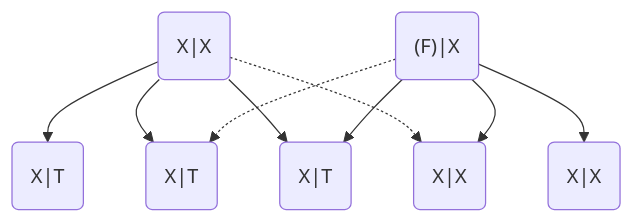
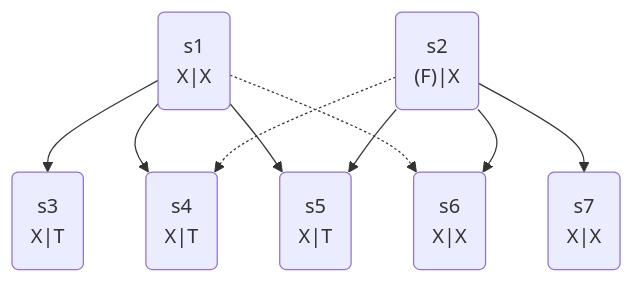
The diagram in classical_initial1.md (flicksolutions/piecemeal), drawn with Mermaid before and after one commit. The commit also changed 10 other files, not shown here.

````diff
--- a/classical_initial1.md
+++ b/classical_initial1.md
@@ -1,7 +1,7 @@
 ```mermaid
   graph TD;
-    s1("X|X")--> s3("X|T") & s4("X|T") & s5("X|T");
-    s1 -.-> s6("X|X");
-    s2("(F)|X") --> s5 & s6 & s7("X|X");
+    s1("s1<br>X|X")--> s3("s3<br>X|T") & s4("s4<br>X|T") & s5("s5<br>X|T");
+    s1 -.-> s6("s6<br>X|X");
+    s2("s2<br>(F)|X") --> s5 & s6 & s7("s7<br>X|X");
     s2-.-> s4;
 ```
````
